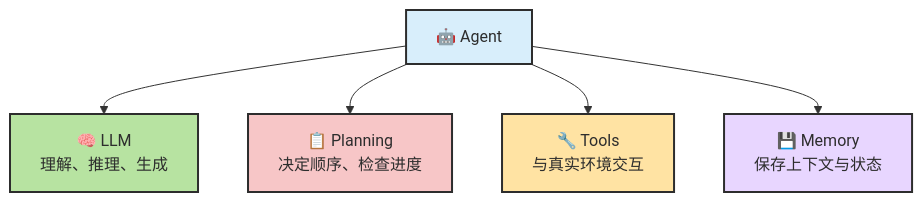
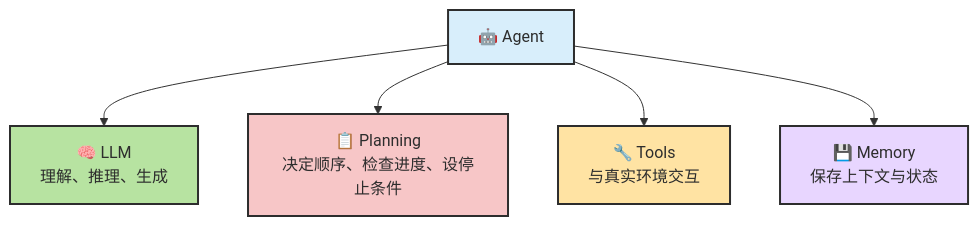
Before and after one commit to zht043/AgenticCodingTutorial: the seventh of 15 diagrams in docs/chapters/ch02-concepts.md, drawn with Mermaid. The commit also changed other lines of this file and 26 other files, not shown here.

````diff
--- a/docs/chapters/ch02-concepts.md
+++ b/docs/chapters/ch02-concepts.md
@@ -277,13 +282,13 @@
 ```mermaid
 flowchart TB
     classDef center fill:#d8eefb,stroke:#2d2d2d,stroke-width:2px,color:#2d2d2d
     classDef llm fill:#b7e3a1,stroke:#2d2d2d,stroke-width:2px,color:#2d2d2d
+    classDef plan fill:#f7c6c7,stroke:#2d2d2d,stroke-width:2px,color:#2d2d2d
+    classDef tool fill:#ffe3a3,stroke:#2d2d2d,stroke-width:2px,color:#2d2d2d
     classDef mem fill:#e8d6ff,stroke:#2d2d2d,stroke-width:2px,color:#2d2d2d
-    classDef tool fill:#ffe3a3,stroke:#2d2d2d,stroke-width:2px,color:#2d2d2d
-    classDef plan fill:#f7c6c7,stroke:#2d2d2d,stroke-width:2px,color:#2d2d2d
 
     A["🤖 Agent"]:::center --> L["🧠 LLM<br/>理解、推理、生成"]:::llm
-    A --> P["📋 Planning<br/>决定顺序、检查进度"]:::plan
+    A --> P["📋 Planning<br/>决定顺序、检查进度、设停止条件"]:::plan
     A --> T["🔧 Tools<br/>与真实环境交互"]:::tool
     A --> M["💾 Memory<br/>保存上下文与状态"]:::mem
 ```
````
